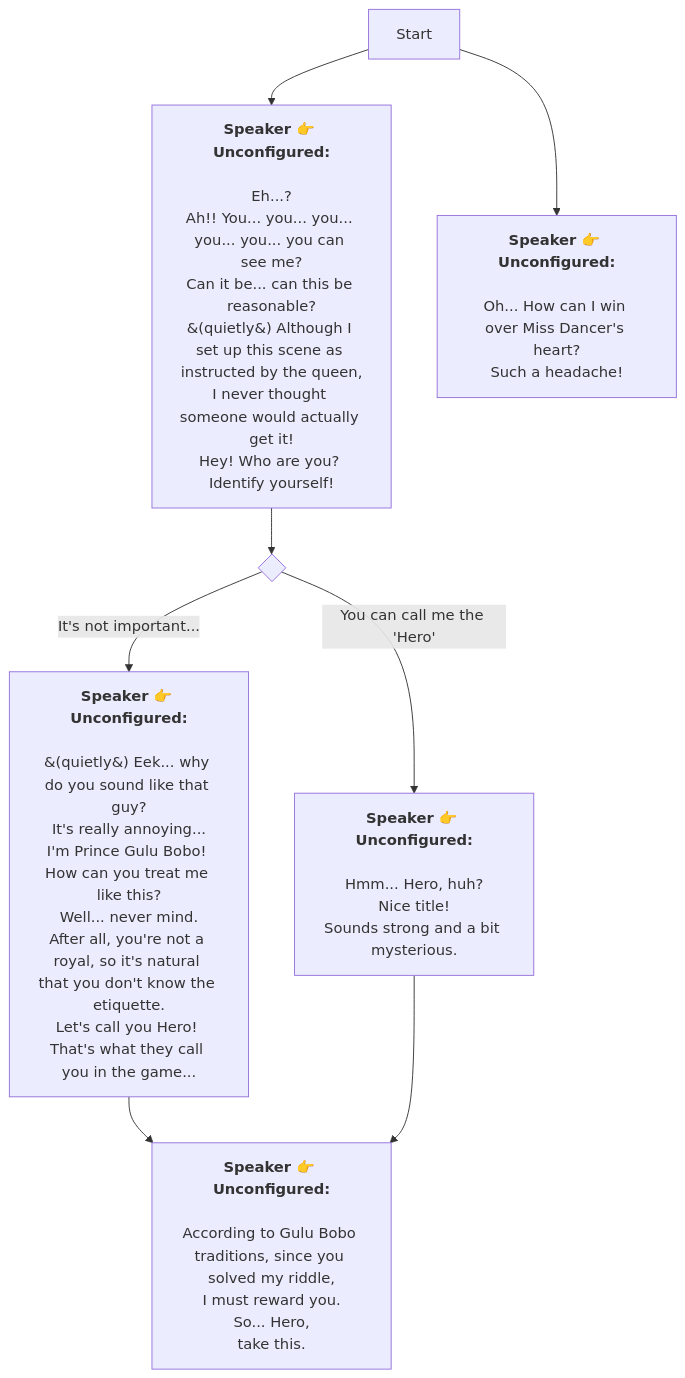
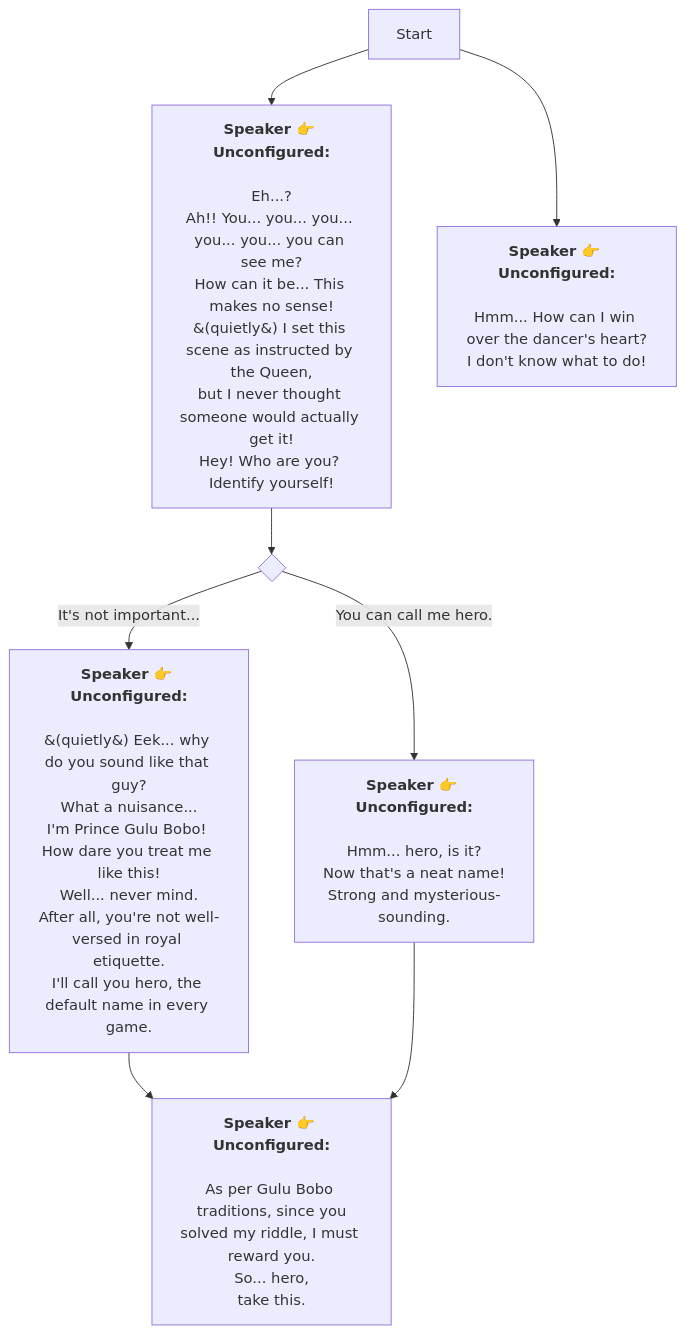
The diagram in En/GLP_1.md (SoftHu/tos_avg), drawn with Mermaid before and after one commit. The commit also changed 297 other files, not shown here.

````diff
--- a/En/GLP_1.md
+++ b/En/GLP_1.md
@@ -1,42 +1,42 @@
 ```mermaid
 graph
 Start -->1719149895073827[<b>Speaker 👉 Unconfigured:</b>
 
 Eh...?
 Ah!! You... you... you... you... you... you can see me?
-Can it be... can this be reasonable?
-&#40;quietly&#41; Although I set up this scene as instructed by the queen,
-I never thought someone would actually get it!
+How can it be... This makes no sense!
+&#40;quietly&#41; I set this scene as instructed by the Queen,
+but I never thought someone would actually get it!
 Hey! Who are you? Identify yourself!]
 1719149895073827 -->1719149895073830{ }
 1719149895073830 -->|It's not important...|1719149977353257[<b>Speaker 👉 Unconfigured:</b>
 
 &#40;quietly&#41; Eek... why do you sound like that guy?
-It's really annoying...
-I'm Prince Gulu Bobo! How can you treat me like this?
+What a nuisance...
+I'm Prince Gulu Bobo! How dare you treat me like this!
 Well... never mind.
-After all, you're not a royal, so it's natural that you don't know the etiquette.
-Let's call you Hero! That's what they call you in the game...]
-1719149895073830 -->|You can call me the 'Hero'|1719152199926806[<b>Speaker 👉 Unconfigured:</b>
+After all, you're not well-versed in royal etiquette.
+I'll call you hero, the default name in every game.]
+1719149895073830 -->|You can call me hero.|1719152199926806[<b>Speaker 👉 Unconfigured:</b>
 
-Hmm... Hero, huh?
-Nice title!
-Sounds strong and a bit mysterious.]
+Hmm... hero, is it?
+Now that's a neat name!
+Strong and mysterious-sounding.]
 1719149977353257 -->1719153501420566[<b>Speaker 👉 Unconfigured:</b>
 
-According to Gulu Bobo traditions, since you solved my riddle,
-I must reward you.
-So... Hero,
+As per Gulu Bobo traditions, since you
+solved my riddle, I must reward you.
+So... hero,
 take this.]
 1719152199926806 -->1719153501420566[<b>Speaker 👉 Unconfigured:</b>
 
-According to Gulu Bobo traditions, since you solved my riddle,
-I must reward you.
-So... Hero,
+As per Gulu Bobo traditions, since you
+solved my riddle, I must reward you.
+So... hero,
 take this.]
 Start -->1724022901524527[<b>Speaker 👉 Unconfigured:</b>
 
-Oh... How can I win over Miss Dancer's heart?
-Such a headache!]
+Hmm... How can I win over the dancer's heart?
+I don't know what to do!]
 
  ```
````
